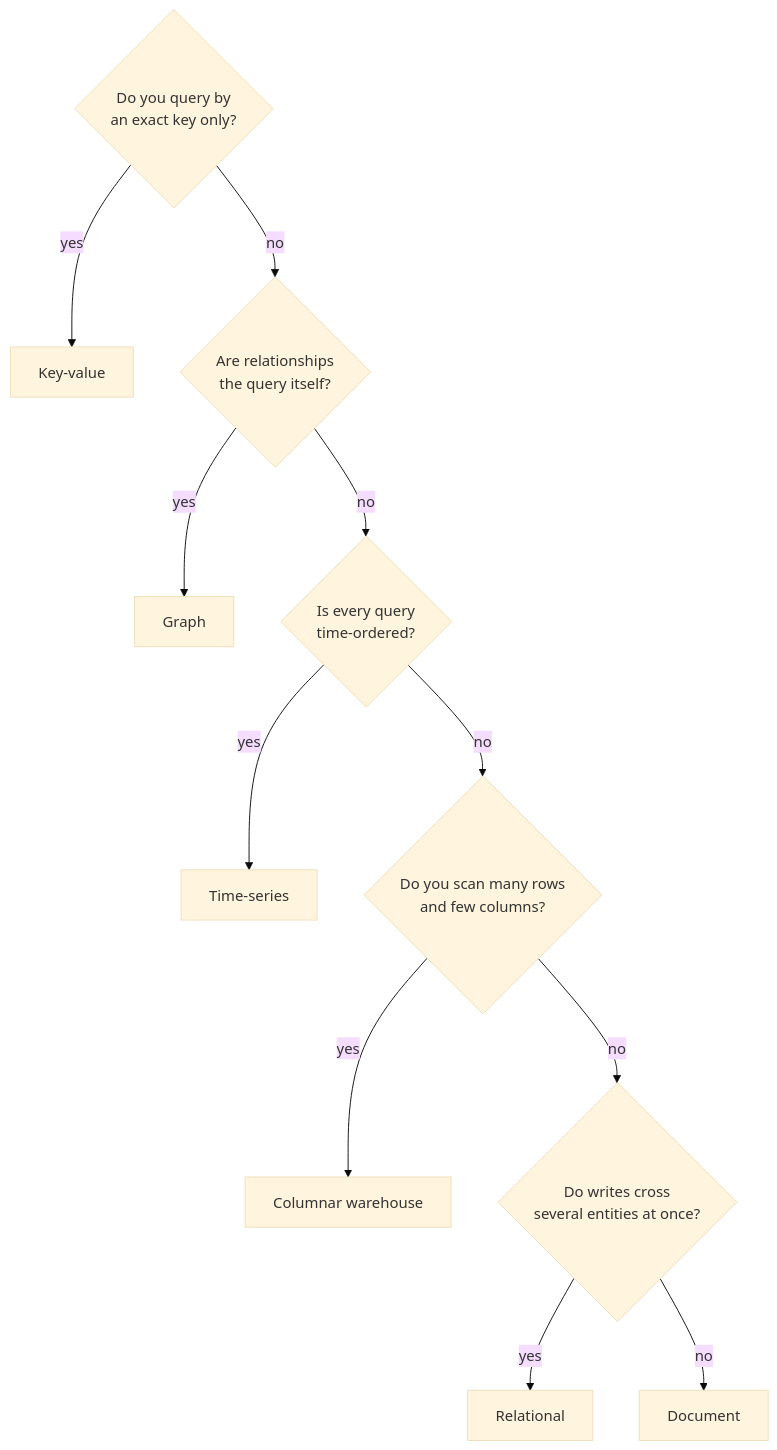
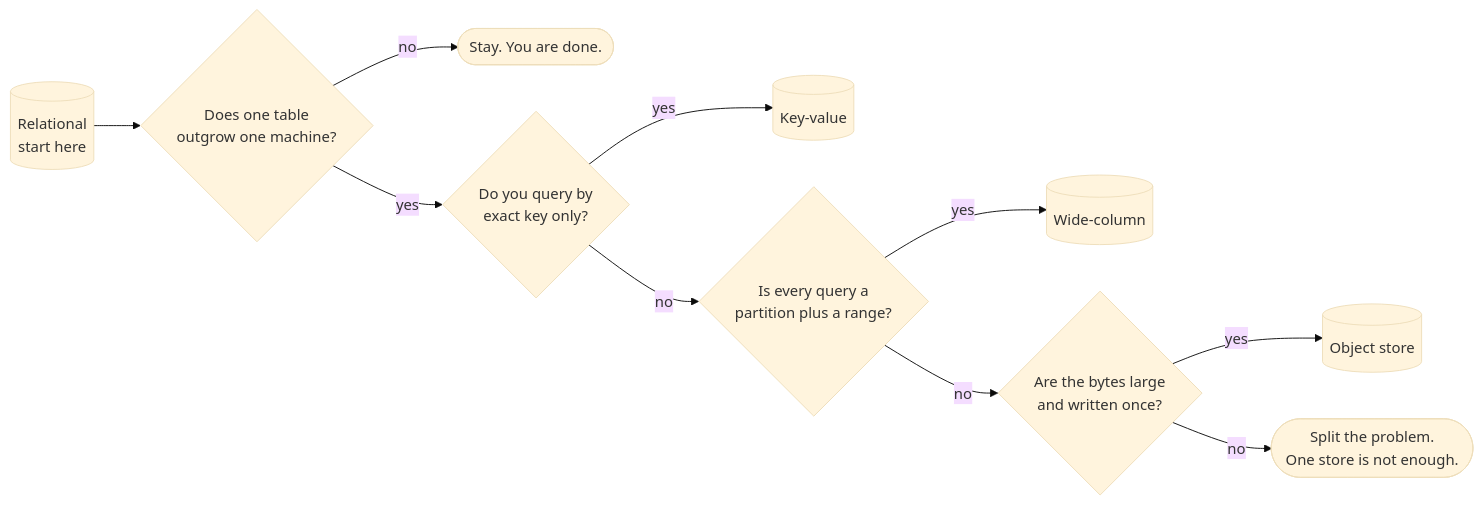
One commit to Laticent/lattice changed the fifth of 19 diagrams in examples/system-design-foundations.md. Above: the diagram before and after it, drawn with Mermaid (base theme). The commit also changed other lines of this file and 2 other files, not shown here.

````diff
--- a/examples/system-design-foundations.md
+++ b/examples/system-design-foundations.md
@@ -801,13 +859,12 @@
 ```mermaid
-flowchart TB
-  Q1{"Do you query by<br/>an exact key only?"} -->|"yes"| KV["Key-value"]
-  Q1 -->|"no"| Q2{"Are relationships<br/>the query itself?"}
-  Q2 -->|"yes"| GR["Graph"]
-  Q2 -->|"no"| Q3{"Is every query<br/>time-ordered?"}
-  Q3 -->|"yes"| TS["Time-series"]
-  Q3 -->|"no"| Q4{"Do you scan many rows<br/>and few columns?"}
-  Q4 -->|"yes"| OLAP["Columnar warehouse"]
-  Q4 -->|"no"| Q5{"Do writes cross<br/>several entities at once?"}
-  Q5 -->|"yes"| REL["Relational"]
-  Q5 -->|"no"| DOC["Document"]
+flowchart LR
+  REL[("Relational<br/>start here")] --> Q1{"Does one table<br/>outgrow one machine?"}
+  Q1 -->|"no"| STAY(["Stay. You are done."])
+  Q1 -->|"yes"| Q2{"Do you query by<br/>exact key only?"}
+  Q2 -->|"yes"| KV[("Key-value")]
+  Q2 -->|"no"| Q3{"Is every query a<br/>partition plus a range?"}
+  Q3 -->|"yes"| WC[("Wide-column")]
+  Q3 -->|"no"| Q4{"Are the bytes large<br/>and written once?"}
+  Q4 -->|"yes"| OS[("Object store")]
+  Q4 -->|"no"| SPLIT(["Split the problem.<br/>One store is not enough."])
 ```
````
